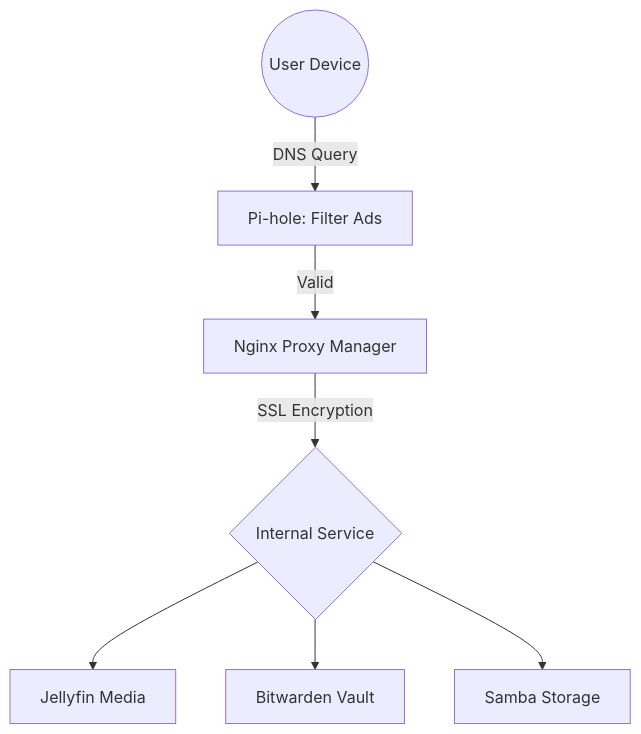
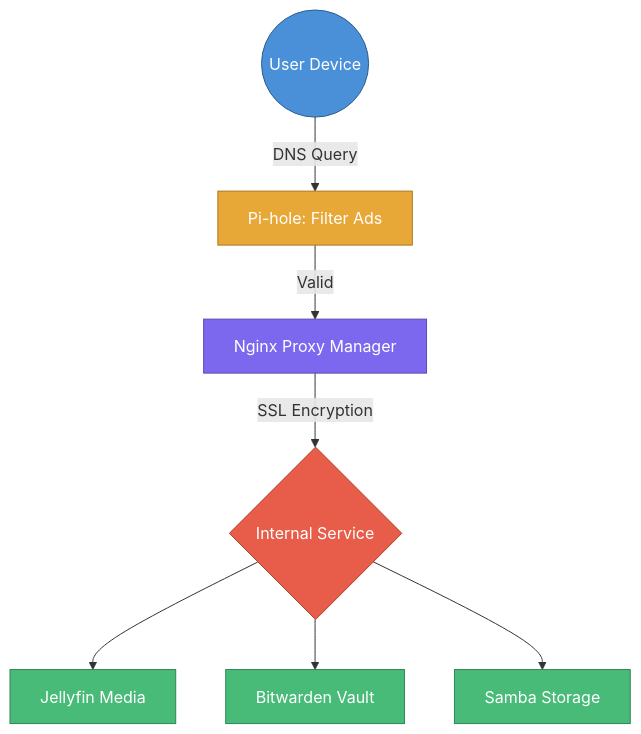
Before and after one commit to Jordynns/Wojtek-Network: the diagram in User-Documentation.md, drawn with Mermaid.

Commit message:
Update User-Documentation with class definitions
Added class definitions for user roles and services in the documentation.

````diff
--- a/User-Documentation.md
+++ b/User-Documentation.md
@@ -19,9 +19,21 @@
 ```mermaid
 graph TD
     User((User Device)) -->|DNS Query| PiHole[Pi-hole: Filter Ads]
     PiHole -->|Valid| NPM[Nginx Proxy Manager]
     NPM -->|SSL Encryption| Service{Internal Service}
     Service --> Jellyfin[Jellyfin Media]
     Service --> Bitwarden[Bitwarden Vault]
     Service --> NAS[Samba Storage]
+
+    classDef user fill:#4A90D9,stroke:#2C5F8A,color:#fff
+    classDef dns fill:#E8A838,stroke:#B07820,color:#fff
+    classDef proxy fill:#7B68EE,stroke:#5A4DB0,color:#fff
+    classDef router fill:#E85D4A,stroke:#B03D2C,color:#fff
+    classDef service fill:#48BB78,stroke:#2F855A,color:#fff
+
+    class User user
+    class PiHole dns
+    class NPM proxy
+    class Service router
+    class Jellyfin,Bitwarden,NAS service
 ```
````
